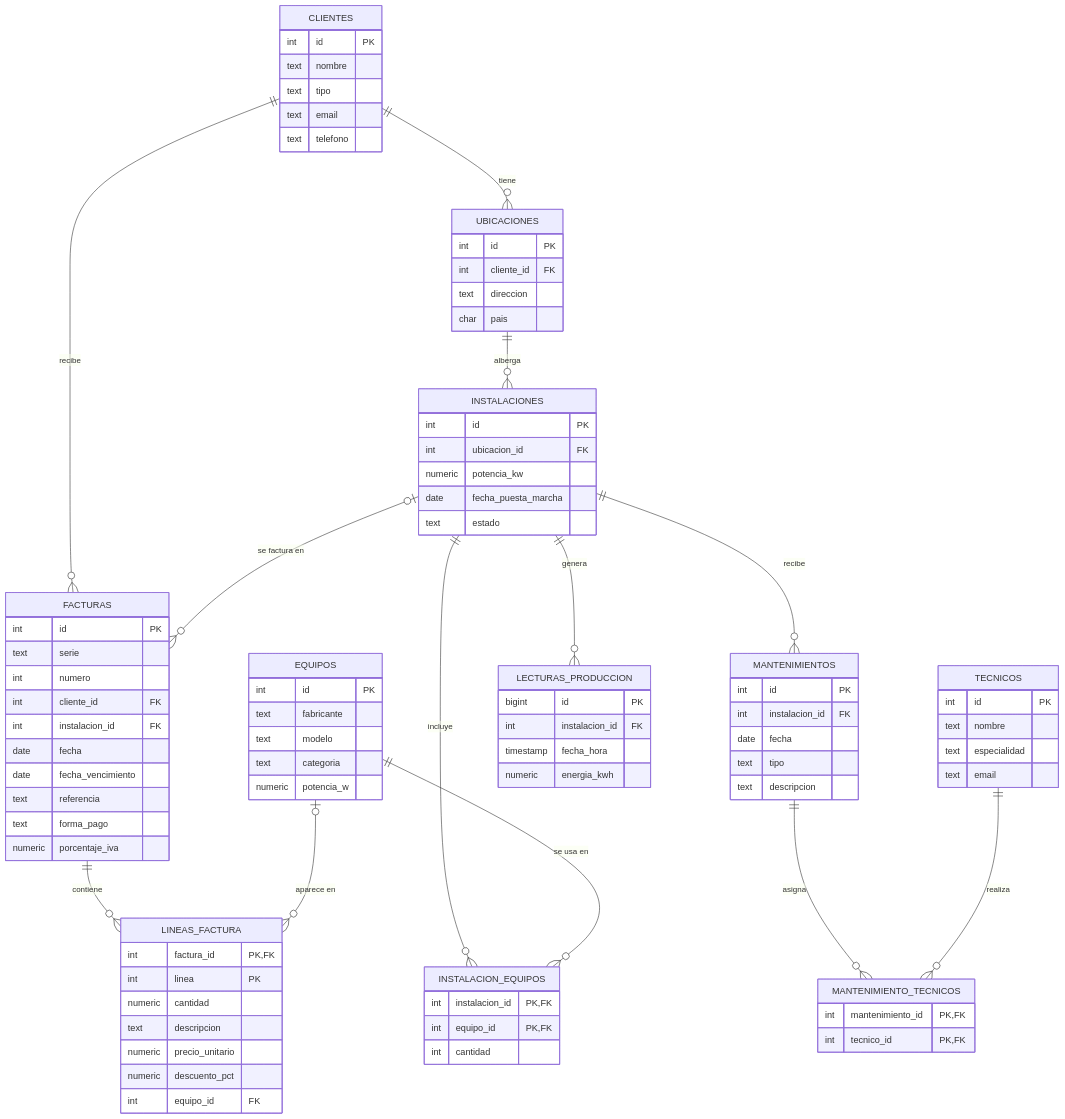
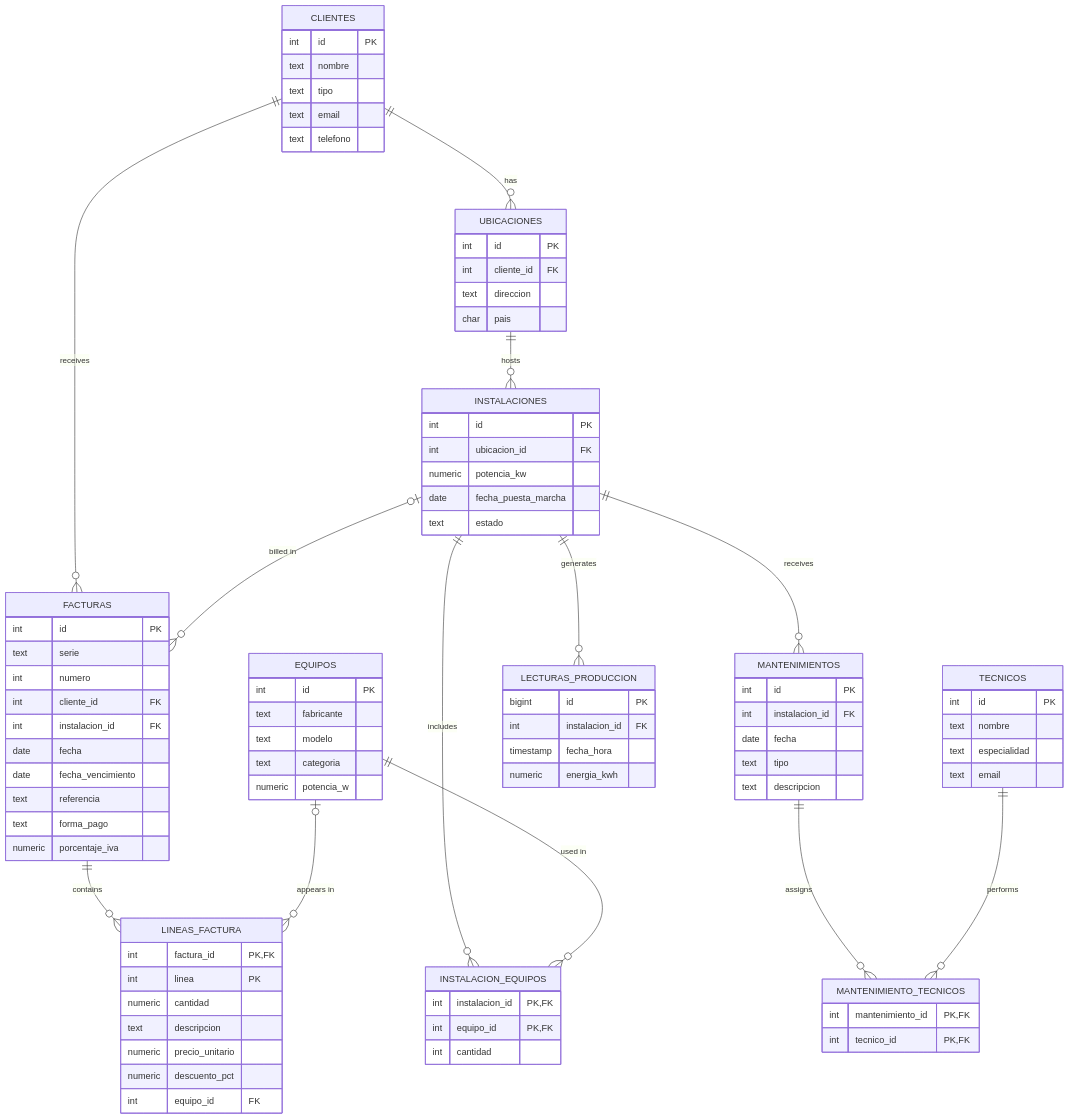
One commit to carolaggu97-stack/abk-solar-db changed the diagram in README.md. Above: the diagram before and after it, drawn with Mermaid. The commit also changed other lines of this file and 6 other files, not shown here.

````diff
--- a/README.md
+++ b/README.md
@@ -21,17 +23,17 @@
 ```mermaid
 erDiagram
-    CLIENTES ||--o{ UBICACIONES : tiene
-    UBICACIONES ||--o{ INSTALACIONES : alberga
-    INSTALACIONES ||--o{ INSTALACION_EQUIPOS : incluye
-    EQUIPOS ||--o{ INSTALACION_EQUIPOS : "se usa en"
-    INSTALACIONES ||--o{ MANTENIMIENTOS : recibe
-    MANTENIMIENTOS ||--o{ MANTENIMIENTO_TECNICOS : asigna
-    TECNICOS ||--o{ MANTENIMIENTO_TECNICOS : realiza
-    INSTALACIONES ||--o{ LECTURAS_PRODUCCION : genera
-    CLIENTES ||--o{ FACTURAS : recibe
-    INSTALACIONES |o--o{ FACTURAS : "se factura en"
-    FACTURAS ||--o{ LINEAS_FACTURA : contiene
-    EQUIPOS |o--o{ LINEAS_FACTURA : "aparece en"
+    CLIENTES ||--o{ UBICACIONES : has
+    UBICACIONES ||--o{ INSTALACIONES : hosts
+    INSTALACIONES ||--o{ INSTALACION_EQUIPOS : includes
+    EQUIPOS ||--o{ INSTALACION_EQUIPOS : "used in"
+    INSTALACIONES ||--o{ MANTENIMIENTOS : receives
+    MANTENIMIENTOS ||--o{ MANTENIMIENTO_TECNICOS : assigns
+    TECNICOS ||--o{ MANTENIMIENTO_TECNICOS : performs
+    INSTALACIONES ||--o{ LECTURAS_PRODUCCION : generates
+    CLIENTES ||--o{ FACTURAS : receives
+    INSTALACIONES |o--o{ FACTURAS : "billed in"
+    FACTURAS ||--o{ LINEAS_FACTURA : contains
+    EQUIPOS |o--o{ LINEAS_FACTURA : "appears in"
 
     CLIENTES {
         int id PK
````
